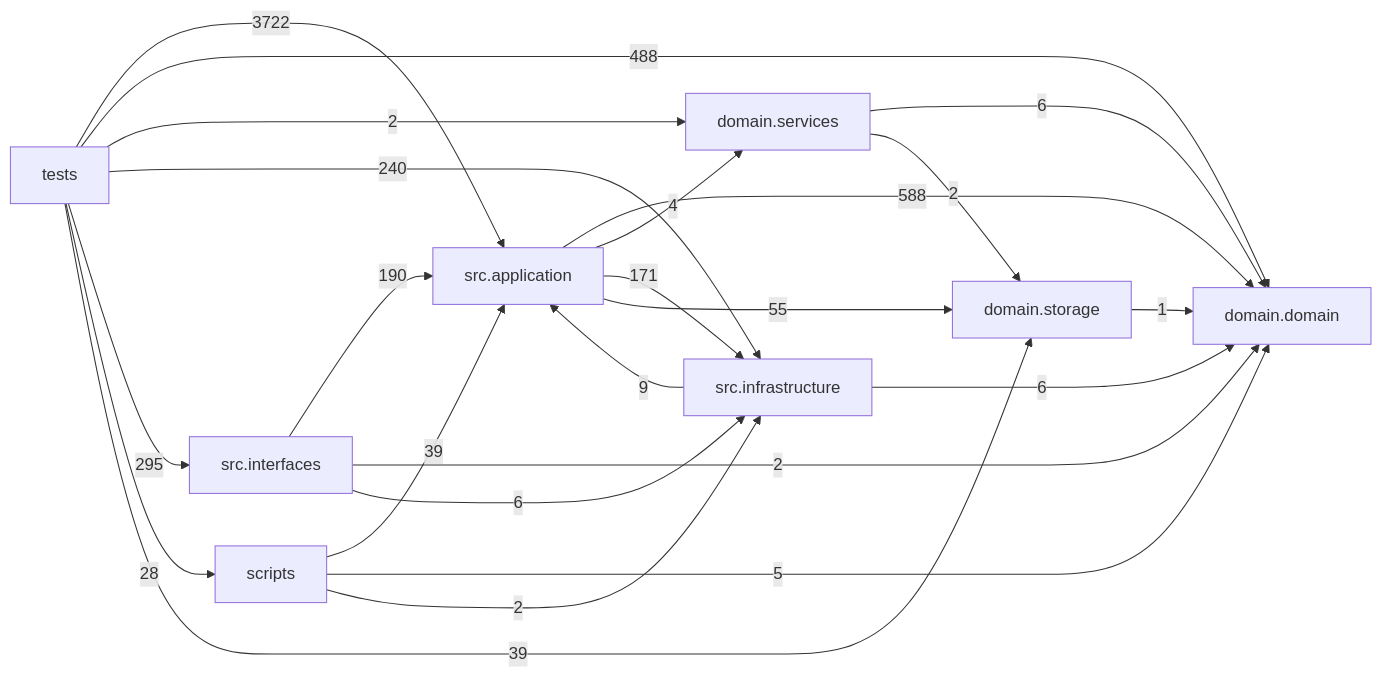
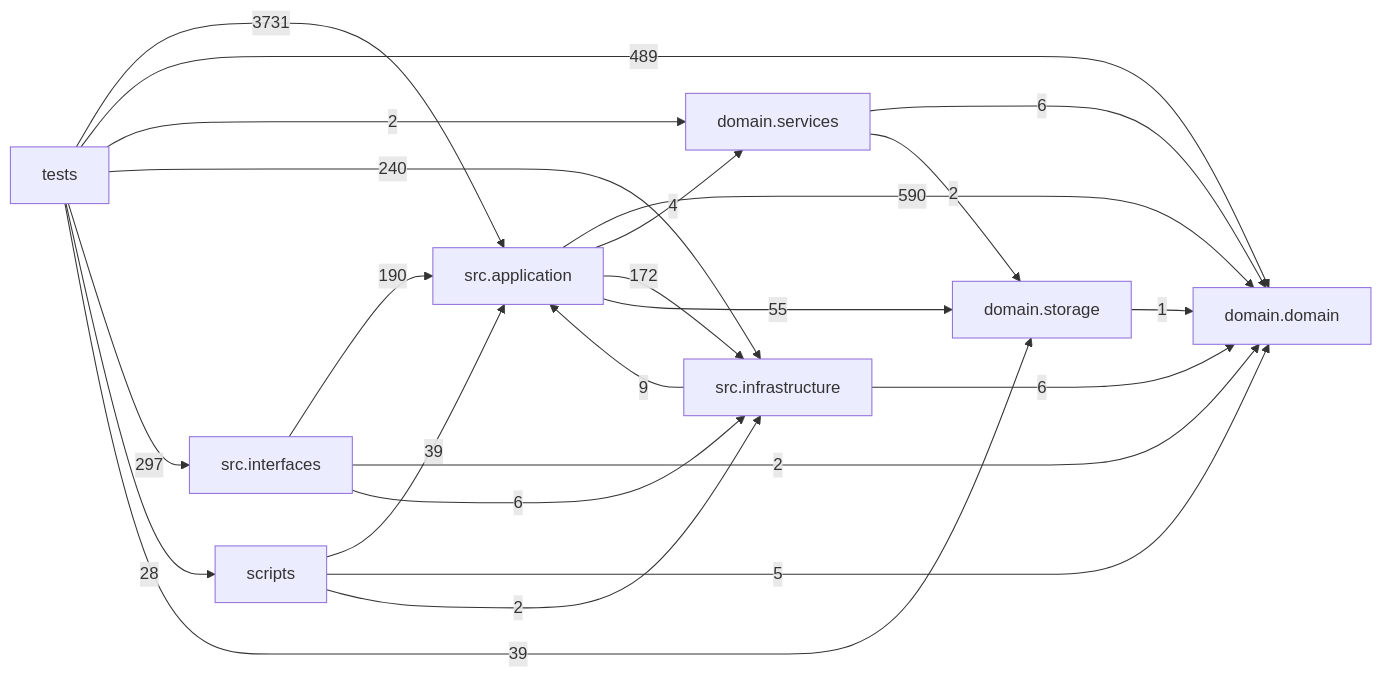
Before and after one commit to liuxie066/options-monitor: the diagram in docs/DEPENDENCY_GRAPH.md, drawn with Mermaid. The commit also changed other lines of this file and 8 other files, not shown here.

````diff
--- a/docs/DEPENDENCY_GRAPH.md
+++ b/docs/DEPENDENCY_GRAPH.md
@@ -24,33 +24,33 @@
 ```mermaid
 flowchart LR
   tests["tests"]
   scripts["scripts"]
   interfaces["src.interfaces"]
   application["src.application"]
   infrastructure["src.infrastructure"]
   domain_services["domain.services"]
   domain["domain.domain"]
   storage["domain.storage"]
-  application -->|588| domain
+  application -->|590| domain
   application -->|4| domain_services
-  application -->|171| infrastructure
+  application -->|172| infrastructure
   application -->|55| storage
   domain_services -->|6| domain
   domain_services -->|2| storage
   infrastructure -->|9| application
   infrastructure -->|6| domain
   interfaces -->|190| application
   interfaces -->|2| domain
   interfaces -->|6| infrastructure
   scripts -->|39| application
   scripts -->|5| domain
   scripts -->|2| infrastructure
   storage -->|1| domain
-  tests -->|3722| application
-  tests -->|488| domain
+  tests -->|3731| application
+  tests -->|489| domain
   tests -->|2| domain_services
   tests -->|240| infrastructure
-  tests -->|295| interfaces
+  tests -->|297| interfaces
   tests -->|28| scripts
   tests -->|39| storage
 ```
````
